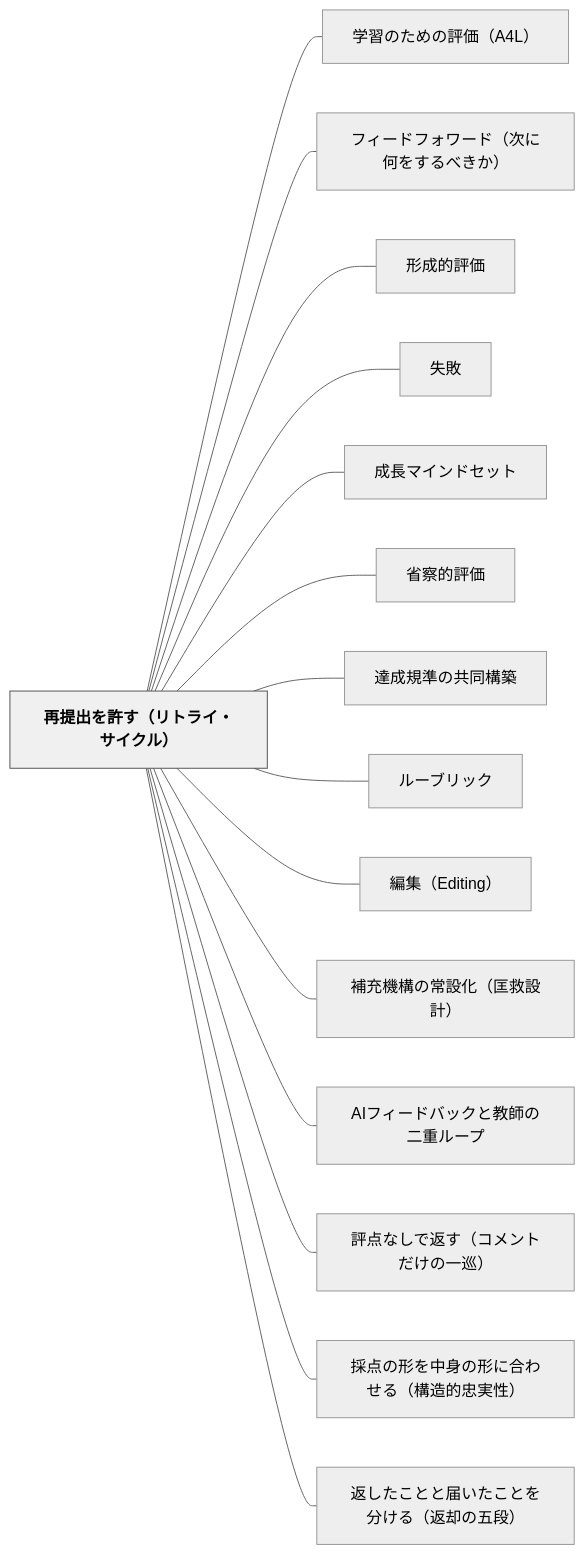
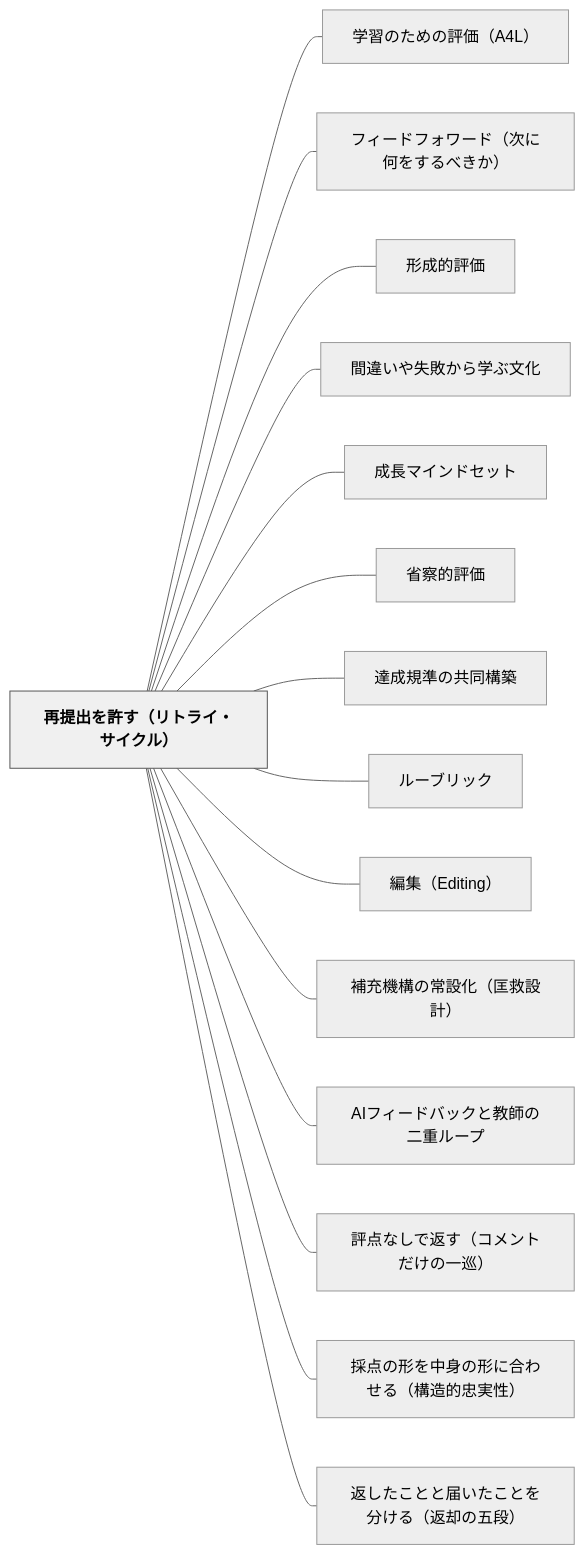
The diagram in content/パタン/再提出を許す（リトライ・サイクル）.md (unknownthings-ed-patterns/unknownthings-ed-patterns), drawn with Mermaid (neutral theme) before and after one commit. The commit also changed other lines of this file and 32 other files, not shown here.

````diff
--- a/content/パタン/再提出を許す（リトライ・サイクル）.md
+++ b/content/パタン/再提出を許す（リトライ・サイクル）.md
@@ -138,36 +138,36 @@
 ```mermaid
 flowchart LR
     ne5868de68f90e587bae38292e8a8b1e38199efbc88e383aae38388e383a9e382a4e383bbe382b5e382a4e382afe383abefbc89["再提出を許す（リトライ・サイクル）"]
     ne5ada6e7bf92e381aee3819fe38281e381aee8a995e4bea1efbc8841344cefbc89["学習のための評価（A4L）"]
     ne38395e382a3e383bce38389e38395e382a9e383afe383bce38389efbc88e6aca1e381abe4bd95e38292e38199e3828be381b9e3818de3818befbc89["フィードフォワード（次に何をするべきか）"]
     ne5bda2e68890e79a84e8a995e4bea1["形成的評価"]
-    ne5a4b1e69597["失敗"]
+    ne99693e98195e38184e38284e5a4b1e69597e3818be38289e5ada6e381b6e69687e58c96["間違いや失敗から学ぶ文化"]
     ne68890e995b7e3839ee382a4e383b3e38389e382bbe38383e38388["成長マインドセット"]
     ne79c81e5af9fe79a84e8a995e4bea1["省察的評価"]
     ne98194e68890e8a68fe6ba96e381aee585b1e5908ce6a78be7af89["達成規準の共同構築"]
     ne383abe383bce38396e383aae38383e382af["ルーブリック"]
     ne7b7a8e99b86efbc8845646974696e67efbc89["編集（Editing）"]
     ne8a39ce58585e6a99fe6a78be381aee5b8b8e8a8ade58c96efbc88e58ca1e69591e8a8ade8a888efbc89["補充機構の常設化（匡救設計）"]
     n4149e38395e382a3e383bce38389e38390e38383e382afe381a8e69599e5b8abe381aee4ba8ce9878de383abe383bce38397["AIフィードバックと教師の二重ループ"]
     ne8a995e782b9e381aae38197e381a7e8bf94e38199efbc88e382b3e383a1e383b3e38388e381a0e38191e381aee4b880e5b7a1efbc89["評点なしで返す（コメントだけの一巡）"]
     ne68ea1e782b9e381aee5bda2e38292e4b8ade8baabe381aee5bda2e381abe59088e3828fe3819be3828befbc88e6a78be980a0e79a84e5bfa0e5ae9fe680a7efbc89["採点の形を中身の形に合わせる（構造的忠実性）"]
     ne8bf94e38197e3819fe38193e381a8e381a8e5b18ae38184e3819fe38193e381a8e38292e58886e38191e3828befbc88e8bf94e58db4e381aee4ba94e6aeb5efbc89["返したことと届いたことを分ける（返却の五段）"]
 
     ne5868de68f90e587bae38292e8a8b1e38199efbc88e383aae38388e383a9e382a4e383bbe382b5e382a4e382afe383abefbc89 --- ne5ada6e7bf92e381aee3819fe38281e381aee8a995e4bea1efbc8841344cefbc89
     ne5868de68f90e587bae38292e8a8b1e38199efbc88e383aae38388e383a9e382a4e383bbe382b5e382a4e382afe383abefbc89 --- ne38395e382a3e383bce38389e38395e382a9e383afe383bce38389efbc88e6aca1e381abe4bd95e38292e38199e3828be381b9e3818de3818befbc89
     ne5868de68f90e587bae38292e8a8b1e38199efbc88e383aae38388e383a9e382a4e383bbe382b5e382a4e382afe383abefbc89 --- ne5bda2e68890e79a84e8a995e4bea1
-    ne5868de68f90e587bae38292e8a8b1e38199efbc88e383aae38388e383a9e382a4e383bbe382b5e382a4e382afe383abefbc89 --- ne5a4b1e69597
+    ne5868de68f90e587bae38292e8a8b1e38199efbc88e383aae38388e383a9e382a4e383bbe382b5e382a4e382afe383abefbc89 --- ne99693e98195e38184e38284e5a4b1e69597e3818be38289e5ada6e381b6e69687e58c96
     ne5868de68f90e587bae38292e8a8b1e38199efbc88e383aae38388e383a9e382a4e383bbe382b5e382a4e382afe383abefbc89 --- ne68890e995b7e3839ee382a4e383b3e38389e382bbe38383e38388
     ne5868de68f90e587bae38292e8a8b1e38199efbc88e383aae38388e383a9e382a4e383bbe382b5e382a4e382afe383abefbc89 --- ne79c81e5af9fe79a84e8a995e4bea1
     ne5868de68f90e587bae38292e8a8b1e38199efbc88e383aae38388e383a9e382a4e383bbe382b5e382a4e382afe383abefbc89 --- ne98194e68890e8a68fe6ba96e381aee585b1e5908ce6a78be7af89
     ne5868de68f90e587bae38292e8a8b1e38199efbc88e383aae38388e383a9e382a4e383bbe382b5e382a4e382afe383abefbc89 --- ne383abe383bce38396e383aae38383e382af
     ne5868de68f90e587bae38292e8a8b1e38199efbc88e383aae38388e383a9e382a4e383bbe382b5e382a4e382afe383abefbc89 --- ne7b7a8e99b86efbc8845646974696e67efbc89
     ne5868de68f90e587bae38292e8a8b1e38199efbc88e383aae38388e383a9e382a4e383bbe382b5e382a4e382afe383abefbc89 --- ne8a39ce58585e6a99fe6a78be381aee5b8b8e8a8ade58c96efbc88e58ca1e69591e8a8ade8a888efbc89
     ne5868de68f90e587bae38292e8a8b1e38199efbc88e383aae38388e383a9e382a4e383bbe382b5e382a4e382afe383abefbc89 --- n4149e38395e382a3e383bce38389e38390e38383e382afe381a8e69599e5b8abe381aee4ba8ce9878de383abe383bce38397
     ne5868de68f90e587bae38292e8a8b1e38199efbc88e383aae38388e383a9e382a4e383bbe382b5e382a4e382afe383abefbc89 --- ne8a995e782b9e381aae38197e381a7e8bf94e38199efbc88e382b3e383a1e383b3e38388e381a0e38191e381aee4b880e5b7a1efbc89
     ne5868de68f90e587bae38292e8a8b1e38199efbc88e383aae38388e383a9e382a4e383bbe382b5e382a4e382afe383abefbc89 --- ne68ea1e782b9e381aee5bda2e38292e4b8ade8baabe381aee5bda2e381abe59088e3828fe3819be3828befbc88e6a78be980a0e79a84e5bfa0e5ae9fe680a7efbc89
     ne5868de68f90e587bae38292e8a8b1e38199efbc88e383aae38388e383a9e382a4e383bbe382b5e382a4e382afe383abefbc89 --- ne8bf94e38197e3819fe38193e381a8e381a8e5b18ae38184e3819fe38193e381a8e38292e58886e38191e3828befbc88e8bf94e58db4e381aee4ba94e6aeb5efbc89
 
     classDef hub fill:#f0f0f0,stroke:#555,color:#000,font-weight:bold
     class ne5868de68f90e587bae38292e8a8b1e38199efbc88e383aae38388e383a9e382a4e383bbe382b5e382a4e382afe383abefbc89 hub
 ```
````
